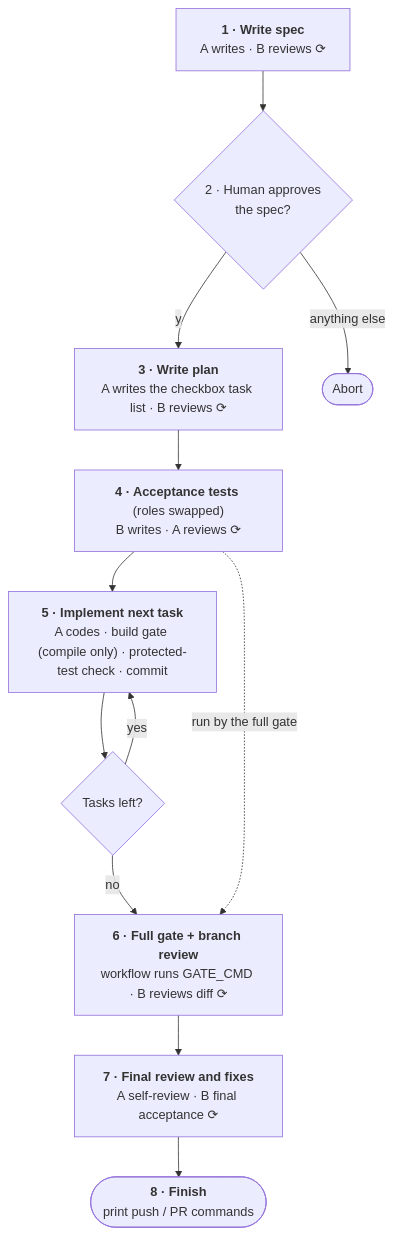
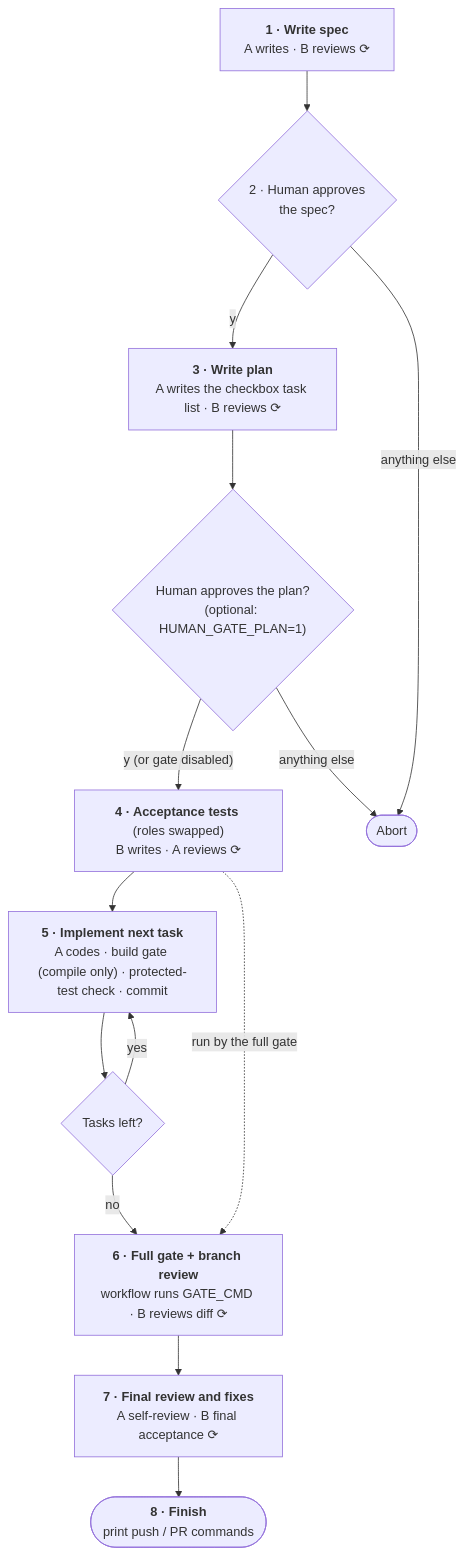
Before and after one commit to yhchiu/adversarial-ai-coding: the first of 2 diagrams in README.md, drawn with Mermaid. The commit also changed other lines of this file and 2 other files, not shown here.

First line of the commit message:
docs(readme): document the optional plan approval gate

````diff
--- a/README.md
+++ b/README.md
@@ -32,21 +32,25 @@
 ```mermaid
 flowchart TD
     spec["<b>1 · Write spec</b><br/>A writes · B reviews ⟳"]
     gate{"2 · Human approves<br/>the spec?"}
     plan["<b>3 · Write plan</b><br/>A writes the checkbox task list · B reviews ⟳"]
+    plangate{"Human approves the plan?<br/>(optional: HUMAN_GATE_PLAN=1)"}
     tests["<b>4 · Acceptance tests</b> (roles swapped)<br/>B writes · A reviews ⟳"]
     task["<b>5 · Implement next task</b><br/>A codes · build gate (compile only) · protected-test check · commit"]
     more{"Tasks left?"}
     branch["<b>6 · Full gate + branch review</b><br/>workflow runs GATE_CMD · B reviews diff ⟳"]
     final["<b>7 · Final review and fixes</b><br/>A self-review · B final acceptance ⟳"]
     fin(["<b>8 · Finish</b><br/>print push / PR commands"])
     abort(["Abort"])
 
     spec --> gate
     gate -- "y" --> plan
     gate -- "anything else" --> abort
-    plan --> tests --> task --> more
+    plan --> plangate
+    plangate -- "y (or gate disabled)" --> tests
+    plangate -- "anything else" --> abort
+    tests --> task --> more
     more -- "yes" --> task
     more -- "no" --> branch --> final --> fin
     tests -. "run by the full gate" .-> branch
 ```
````
